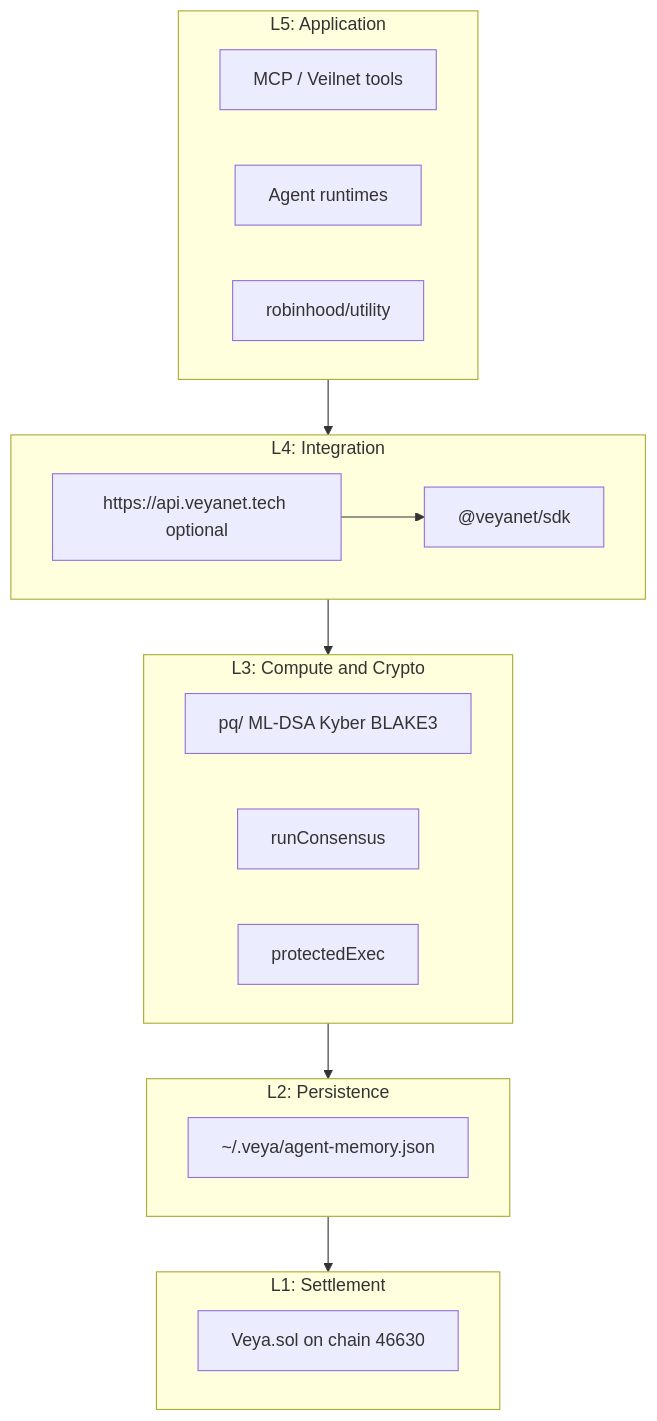
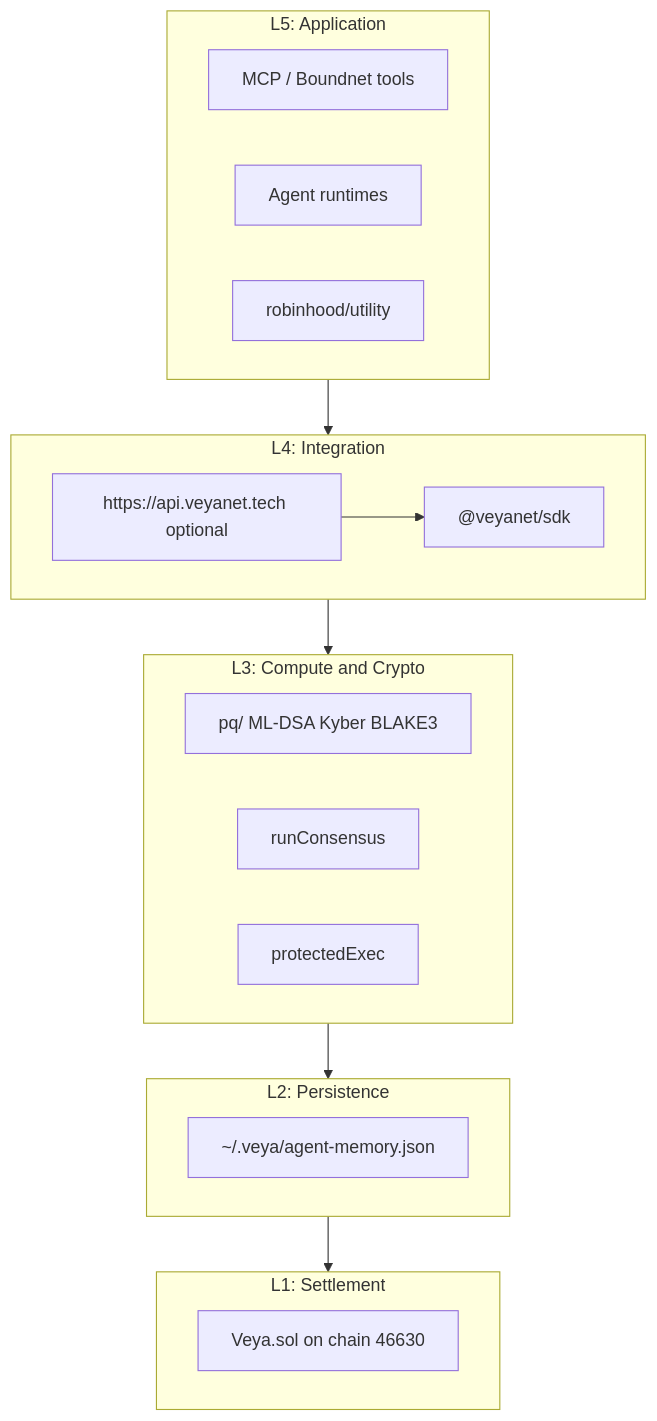
The second of 13 diagrams in docs/ARCHITECTURE.md (veyanet/veya-sdk), drawn with Mermaid before and after one commit. The commit also changed other lines of this file, not shown here.

Commit message:
docs(architecture): rename MCP policy layer to Boundnet

````diff
--- a/docs/ARCHITECTURE.md
+++ b/docs/ARCHITECTURE.md
@@ -224,25 +224,25 @@
 ```mermaid
 flowchart TB
     subgraph L5["L5: Application"]
-        MCP["MCP / Veilnet tools"]
+        MCP["MCP / Boundnet tools"]
         Agents["Agent runtimes"]
         Dash["robinhood/utility"]
     end
     subgraph L4["L4: Integration"]
         SDK["@veyanet/sdk"]
         API["https://api.veyanet.tech optional"]
     end
     subgraph L3["L3: Compute and Crypto"]
         Crypto["pq/ ML-DSA Kyber BLAKE3"]
         Consensus["runConsensus"]
         Sealed["protectedExec"]
     end
     subgraph L2["L2: Persistence"]
         Store["~/.veya/agent-memory.json"]
     end
     subgraph L1["L1: Settlement"]
         Chain["Veya.sol on chain 46630"]
     end
     L5 --> L4 --> L3 --> L2 --> L1
     API --> SDK
 ```
````
